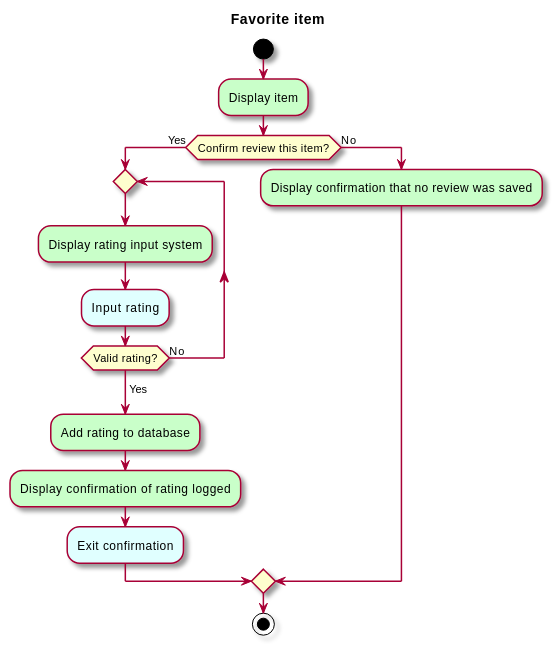
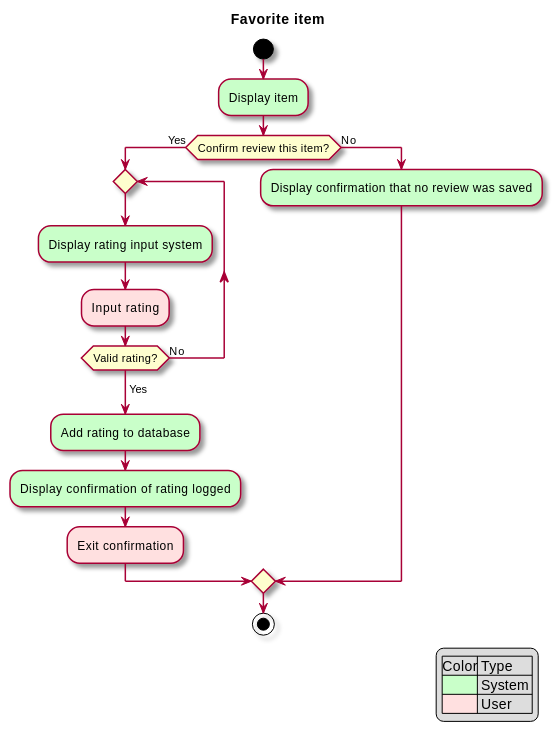
The diagram in intellij/doc/use-cases/review-item.md (sashap100/Vassar-Dining-App), drawn with PlantUML before and after one commit. The commit also changed 6 other files, not shown here.

````diff
--- a/intellij/doc/use-cases/review-item.md
+++ b/intellij/doc/use-cases/review-item.md
@@ -25,23 +25,27 @@
 ```plantuml
 @startuml
 
 skin rose
 title Favorite item
-
+legend right
+    |Color| Type |
+    |<#technology>| System |
+    |<#implementation>| User |
+endlegend
 start
 #technology:Display item;
 if (Confirm review this item?) then (Yes)
 repeat
 #technology:Display rating input system;
-#LightCyan:Input rating;
+#implementation:Input rating;
 repeat while (Valid rating?) is (No)
 -> Yes;
 #technology:Add rating to database;
 #technology:Display confirmation of rating logged;
-#LightCyan:Exit confirmation;
+#implementation:Exit confirmation;
 else (No)
 #technology:Display confirmation that no review was saved;
 endif
 stop
 @enduml
 ```
````
